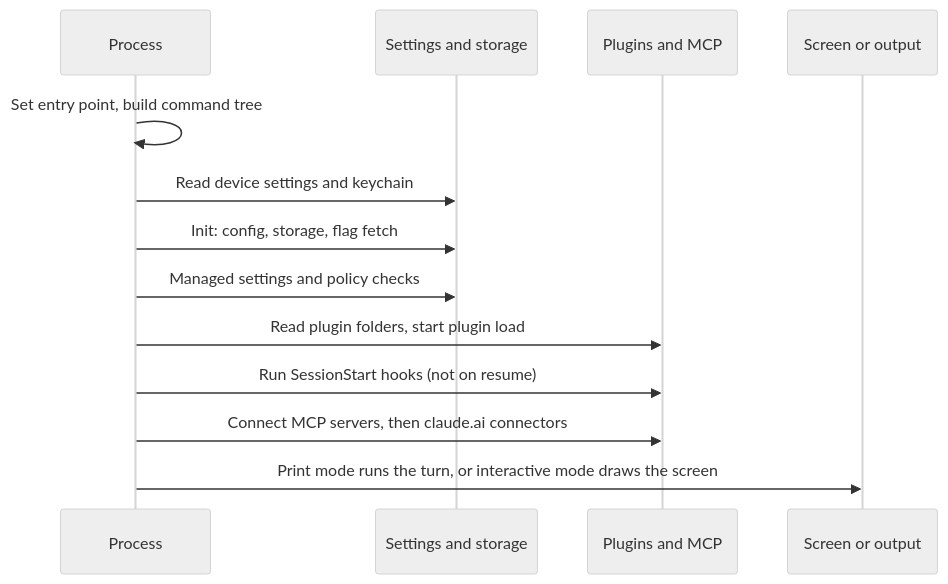
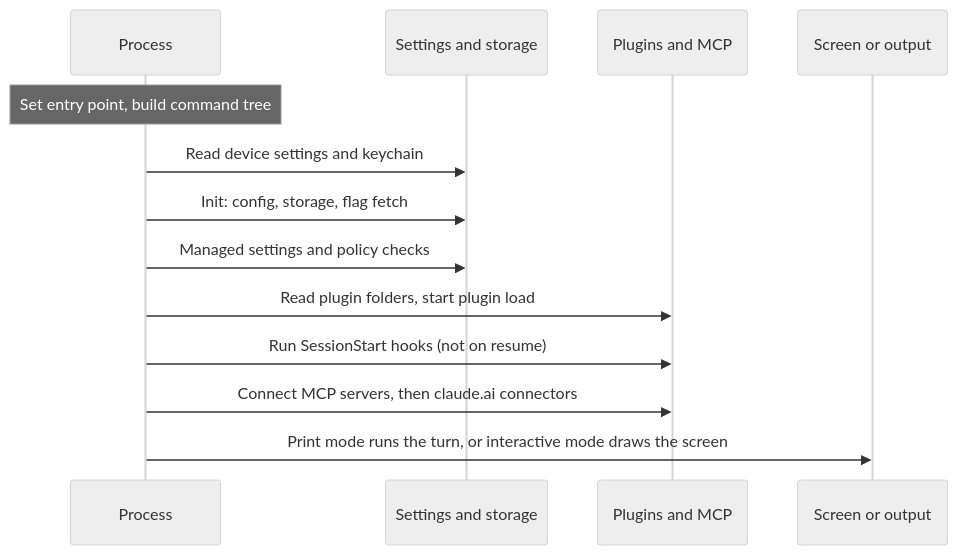
The third of 3 diagrams in docs/how-it-works/architecture.md (xsyetopz/claude-code-docs), drawn with Mermaid (neutral theme) before and after one commit. The commit also changed other lines of this file and 106 other files, not shown here.

````diff
--- a/docs/how-it-works/architecture.md
+++ b/docs/how-it-works/architecture.md
@@ -101,15 +91,15 @@
 ```mermaid
 sequenceDiagram
   participant P as Process
   participant S as Settings and storage
   participant X as Plugins and MCP
   participant U as Screen or output
-  P->>P: Set entry point, build command tree
+  Note over P: Set entry point, build command tree
   P->>S: Read device settings and keychain
   P->>S: Init: config, storage, flag fetch
   P->>S: Managed settings and policy checks
   P->>X: Read plugin folders, start plugin load
   P->>X: Run SessionStart hooks (not on resume)
   P->>X: Connect MCP servers, then claude.ai connectors
   P->>U: Print mode runs the turn, or interactive mode draws the screen
 ```
````
